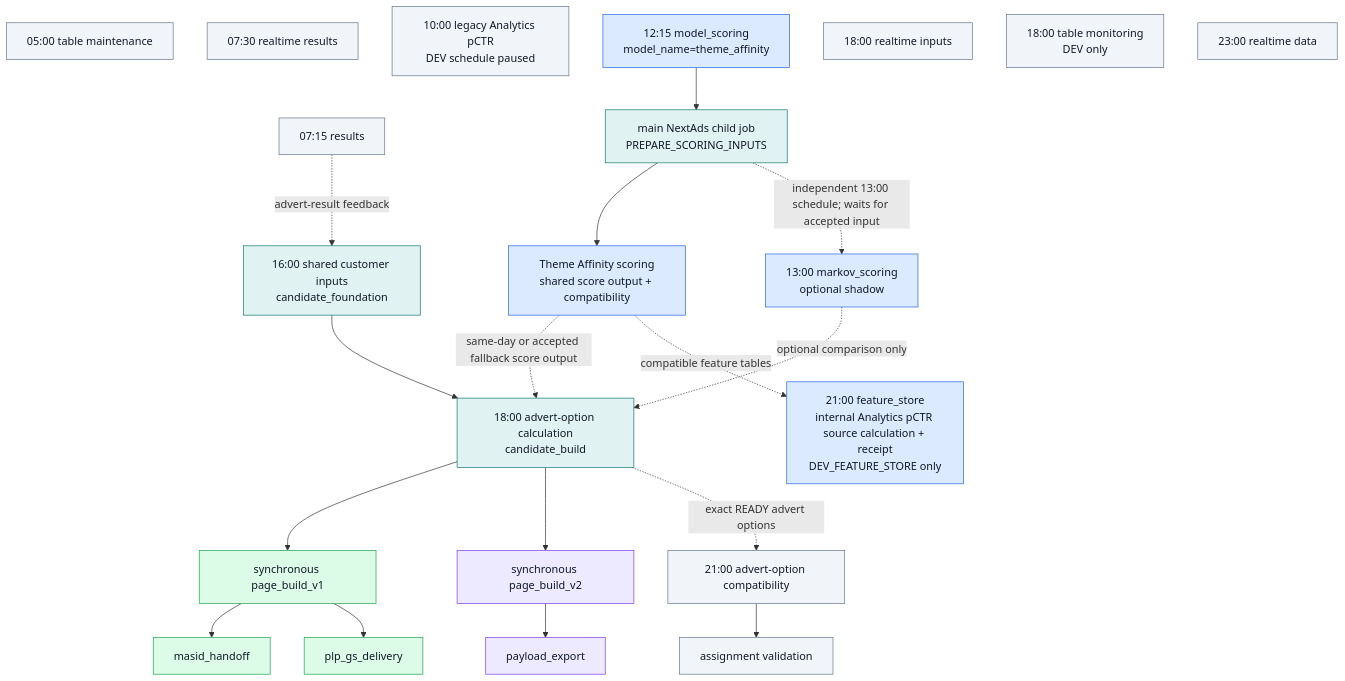
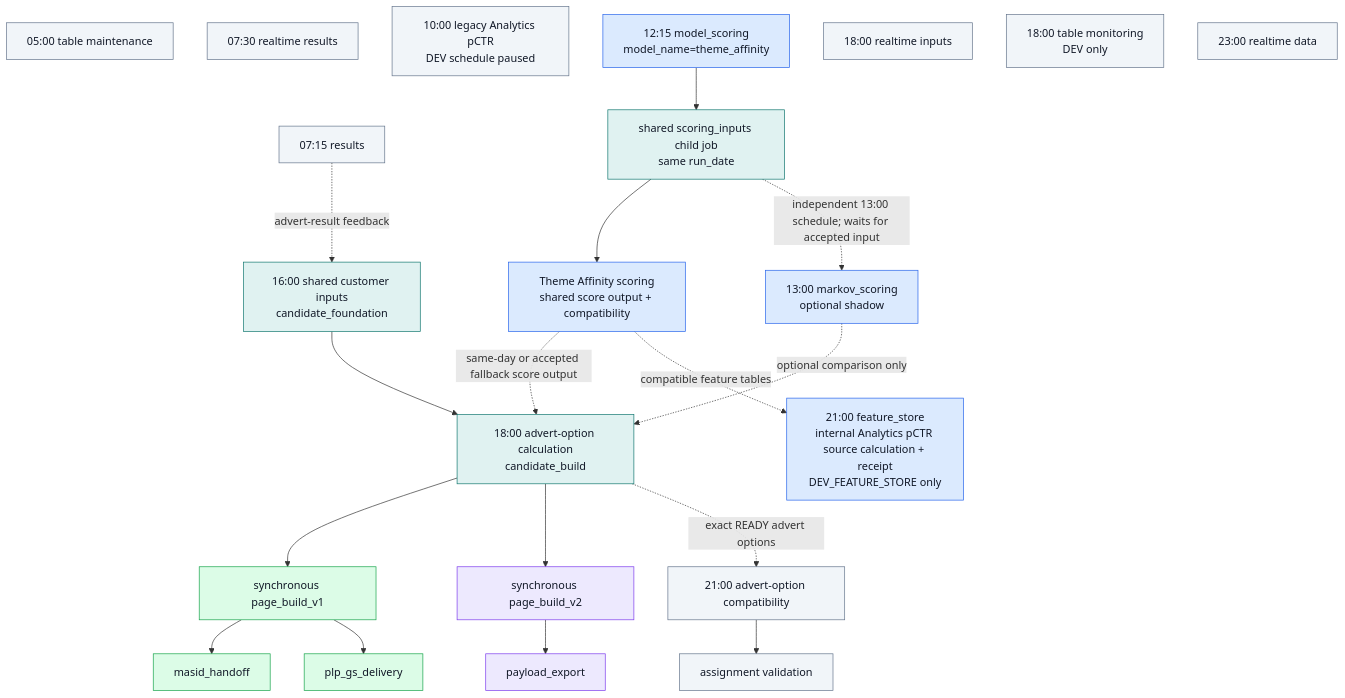
One commit to swblain-glyndwr/personal_project changed the second of 8 diagrams in docs/CICD/nextads_databricks_runtime_map.md. Above: the diagram before and after it, drawn with Mermaid. The commit also changed other lines of this file and 18 other files, not shown here.

Commit message:
Separate shared scoring inputs from candidate build

````diff
--- a/docs/CICD/nextads_databricks_runtime_map.md
+++ b/docs/CICD/nextads_databricks_runtime_map.md
@@ -152,45 +152,45 @@
 ```mermaid
 flowchart TD
   classDef sharedModel fill:#dbeafe,stroke:#2563eb,color:#111827
   classDef sharedTask fill:#e0f2f1,stroke:#0f766e,color:#111827
   classDef v1 fill:#dcfce7,stroke:#16a34a,color:#111827
   classDef v2 fill:#ede9fe,stroke:#7c3aed,color:#111827
   classDef reporting fill:#f1f5f9,stroke:#64748b,color:#111827
 
   maintenance["05:00 table maintenance"]:::reporting
   results["07:15 results"]:::reporting
   realtime_results["07:30 realtime results"]:::reporting
   legacy_pctr["10:00 legacy Analytics pCTR<br/>DEV schedule paused"]:::reporting
   model_scoring["12:15 model_scoring<br/>model_name=theme_affinity"]:::sharedModel
-  theme_inputs["main NextAds child job<br/>PREPARE_SCORING_INPUTS"]:::sharedTask
+  theme_inputs["shared scoring_inputs child job<br/>same run_date"]:::sharedTask
   theme_affinity["Theme Affinity scoring<br/>shared score output + compatibility"]:::sharedModel
   markov["13:00 markov_scoring<br/>optional shadow"]:::sharedModel
   candidate_foundation["16:00 shared customer inputs<br/>candidate_foundation"]:::sharedTask
   candidate["18:00 advert-option calculation<br/>candidate_build"]:::sharedTask
   candidate_compat["21:00 advert-option compatibility"]:::reporting
   realtime_inputs["18:00 realtime inputs"]:::reporting
   table_monitor["18:00 table monitoring<br/>DEV only"]:::reporting
   page_build["synchronous page_build_v1"]:::v1
   page_build_v2["synchronous page_build_v2"]:::v2
   assignment_validation["assignment validation"]:::reporting
   masid["masid_handoff"]:::v1
   payload["payload_export"]:::v2
   plp["plp_gs_delivery"]:::v1
   feature_store["21:00 feature_store<br/>internal Analytics pCTR source calculation + receipt<br/>DEV_FEATURE_STORE only"]:::sharedModel
   realtime_data["23:00 realtime data"]:::reporting
 
   model_scoring --> theme_inputs --> theme_affinity
   theme_inputs -. "independent 13:00 schedule; waits for accepted input" .-> markov
   results -. advert-result feedback .-> candidate_foundation
   theme_affinity -. same-day or accepted fallback score output .-> candidate
   candidate_foundation --> candidate
   markov -. optional comparison only .-> candidate
   candidate --> page_build
   candidate --> page_build_v2
   candidate -. exact READY advert options .-> candidate_compat
   candidate_compat --> assignment_validation
   page_build --> masid
   page_build --> plp
   page_build_v2 --> payload
   theme_affinity -. compatible feature tables .-> feature_store
 ```
````
